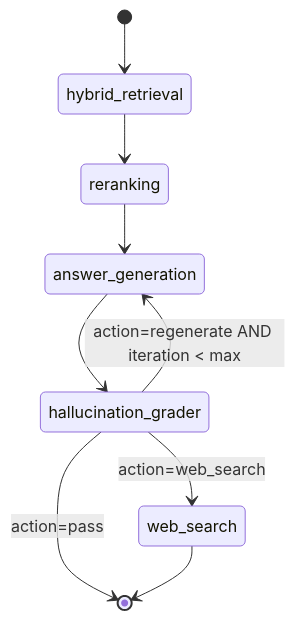
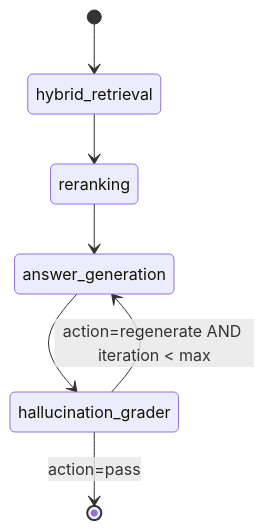
The third of 4 diagrams in docs/draft/REQUIREMENTS.md (LookUpMark/semanticmesh), drawn with Mermaid before and after one commit. The commit also changed other lines of this file and 63 other files, not shown here.

````diff
--- a/docs/draft/REQUIREMENTS.md
+++ b/docs/draft/REQUIREMENTS.md
@@ -1079,13 +1074,10 @@
 ```mermaid
 stateDiagram-v2
     [*] --> hybrid_retrieval
     hybrid_retrieval --> reranking
     reranking --> answer_generation
     answer_generation --> hallucination_grader
 
     hallucination_grader --> answer_generation : action=regenerate AND iteration < max
-    hallucination_grader --> web_search : action=web_search
     hallucination_grader --> [*] : action=pass
-
-    web_search --> [*]
 ```
````
